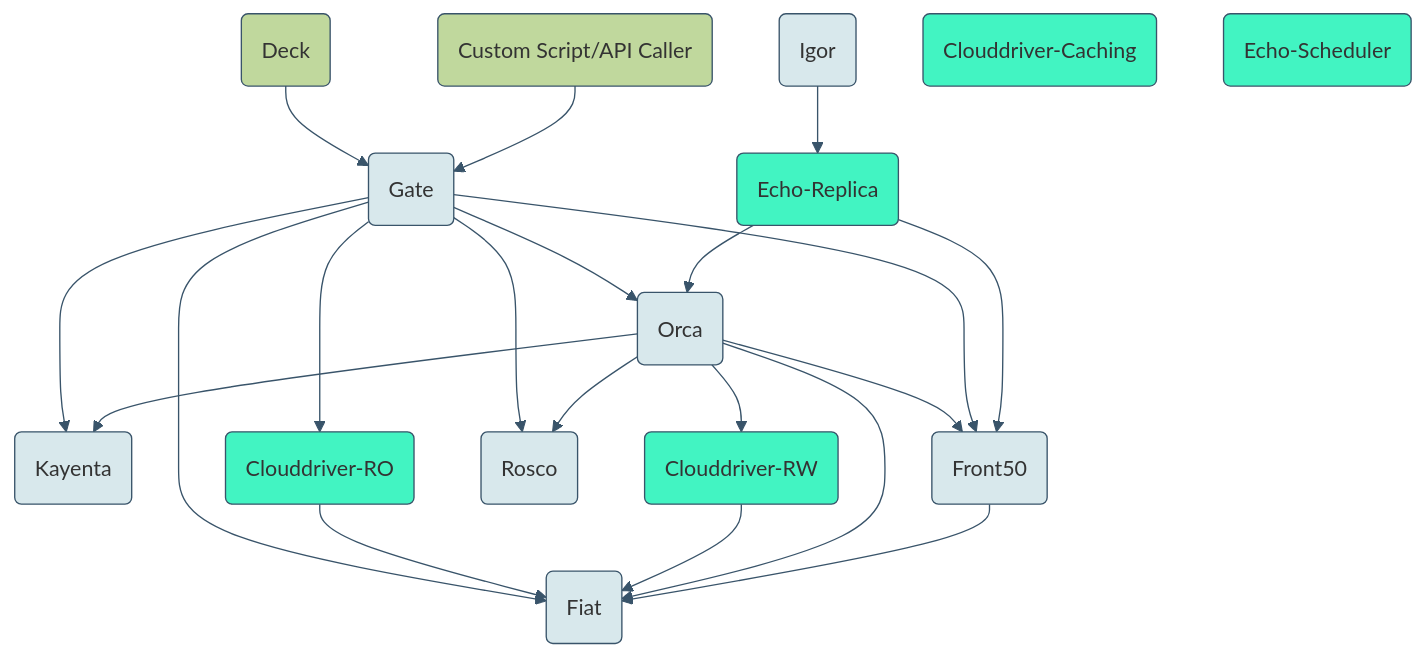
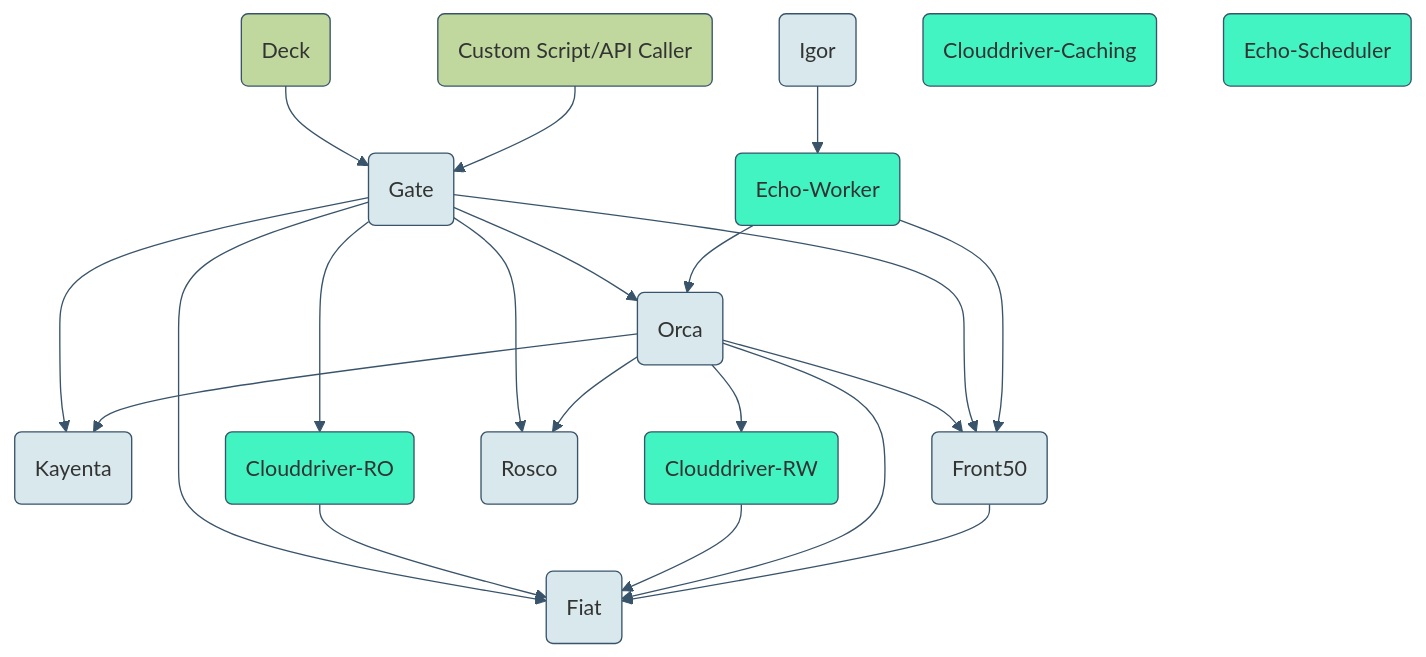
One commit to spinnaker/spinnaker.github.io changed the third of 3 diagrams in reference/halyard/high-availability.md. Above: the diagram before and after it, drawn with Mermaid (base theme). The commit also changed other lines of this file, not shown here.

Commit message:
fix(ha): Rename echo-replica to echo-worker.

```diff
--- a/reference/halyard/high-availability.md
+++ b/reference/halyard/high-availability.md
@@ -130,34 +130,34 @@
  <div class="mermaid">
  graph TB
 
  deck(Deck) --> gate;
  api(Custom Script/API Caller) --> gate(Gate);
  gate --> kayenta(Kayenta);
  gate --> orca(Orca);
  gate --> clouddriver-ro(Clouddriver-RO);
  orca --> clouddriver-rw(Clouddriver-RW);
  gate --> rosco(Rosco);
  orca --> front50;
  orca --> rosco;
  gate --> front50(Front50);
  gate --> fiat(Fiat);
  orca --> kayenta;
  clouddriver-ro --> fiat;
  clouddriver-rw --> fiat;
  orca --> fiat;
  front50 --> fiat;
- echo-replica(Echo-Replica) --> orca;
- echo-replica --> front50;
- igor(Igor) --> echo-replica;
+ echo-worker(Echo-Worker) --> orca;
+ echo-worker --> front50;
+ igor(Igor) --> echo-worker;
  clouddriver-caching(Clouddriver-Caching);
  echo-scheduler(Echo-Scheduler);
 
  classDef default fill:#d8e8ec,stroke:#39546a;
  linkStyle default stroke:#39546a,stroke-width:1px,fill:none;
 
  classDef external fill:#c0d89d,stroke:#39546a;
  class deck,api external
 
  classDef split fill:#42f4c2,stroke:#39546a;
- class clouddriver-caching,clouddriver-ro,clouddriver-rw,echo-scheduler,echo-replica split
+ class clouddriver-caching,clouddriver-ro,clouddriver-rw,echo-scheduler,echo-worker split
  </div>
```
